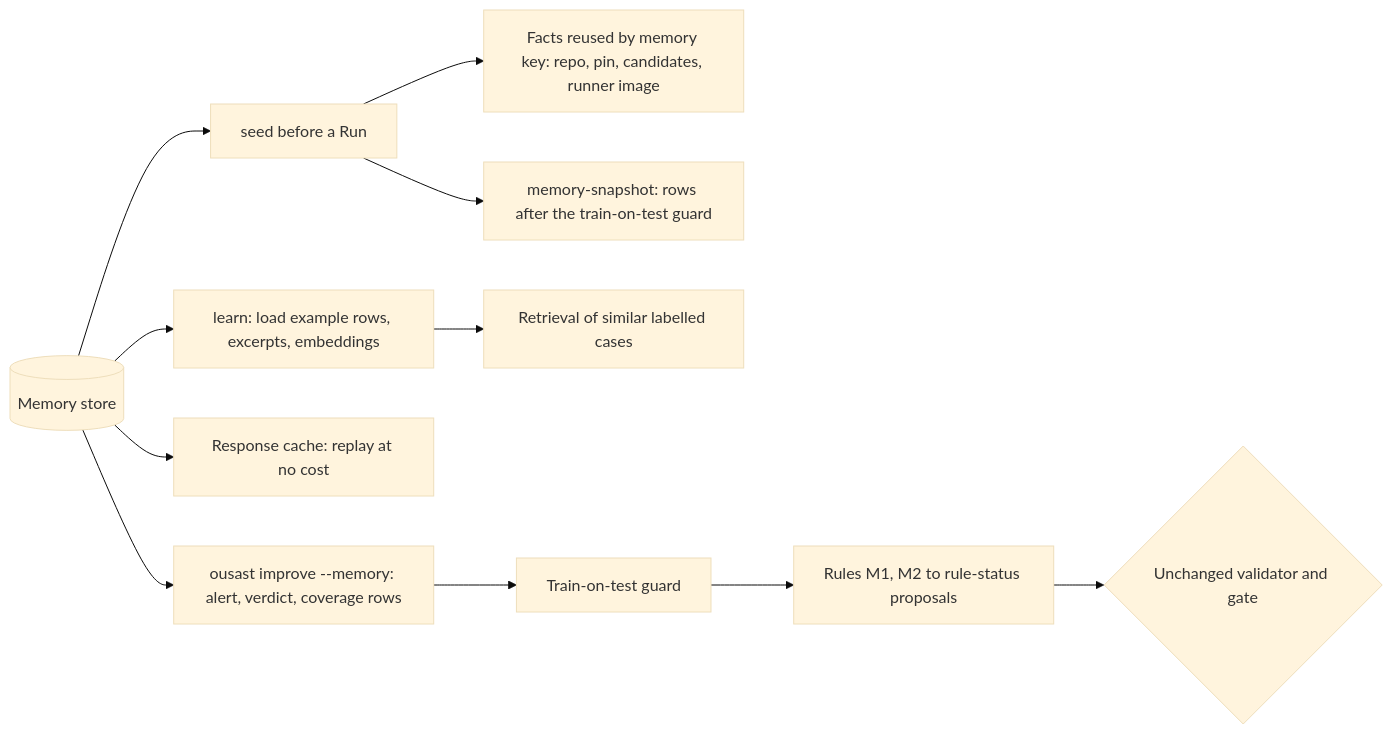
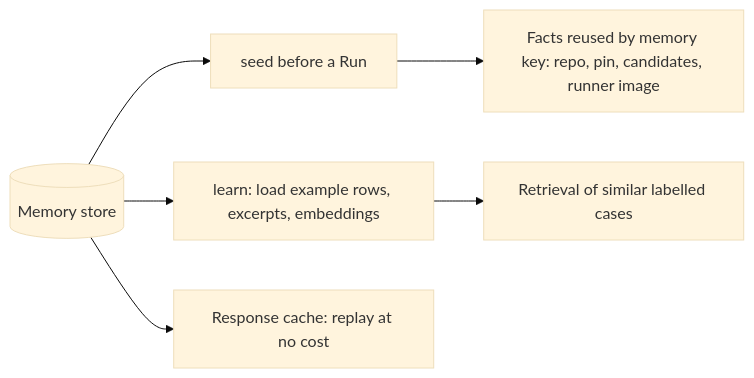
One commit to norandom/OpenUltraSAST changed the second of 2 diagrams in docs/memory.md. Above: the diagram before and after it, drawn with Mermaid (base theme). The commit also changed other lines of this file and 31 other files, not shown here.

````diff
--- a/docs/memory.md
+++ b/docs/memory.md
@@ -78,13 +75,8 @@
 ```mermaid
 flowchart LR
     store[("Memory store")] --> seed["seed before a Run"]
     seed --> reuse["Facts reused by memory key: repo, pin, candidates, runner image"]
-    seed --> snap["memory-snapshot: rows after the train-on-test guard"]
     store --> examples["learn: load example rows, excerpts, embeddings"]
     examples --> retr["Retrieval of similar labelled cases"]
     store --> responses["Response cache: replay at no cost"]
-    store --> imp["ousast improve --memory: alert, verdict, coverage rows"]
-    imp --> guard["Train-on-test guard"]
-    guard --> rules["Rules M1, M2 to rule-status proposals"]
-    rules --> gate{"Unchanged validator and gate"}
 ```
````
